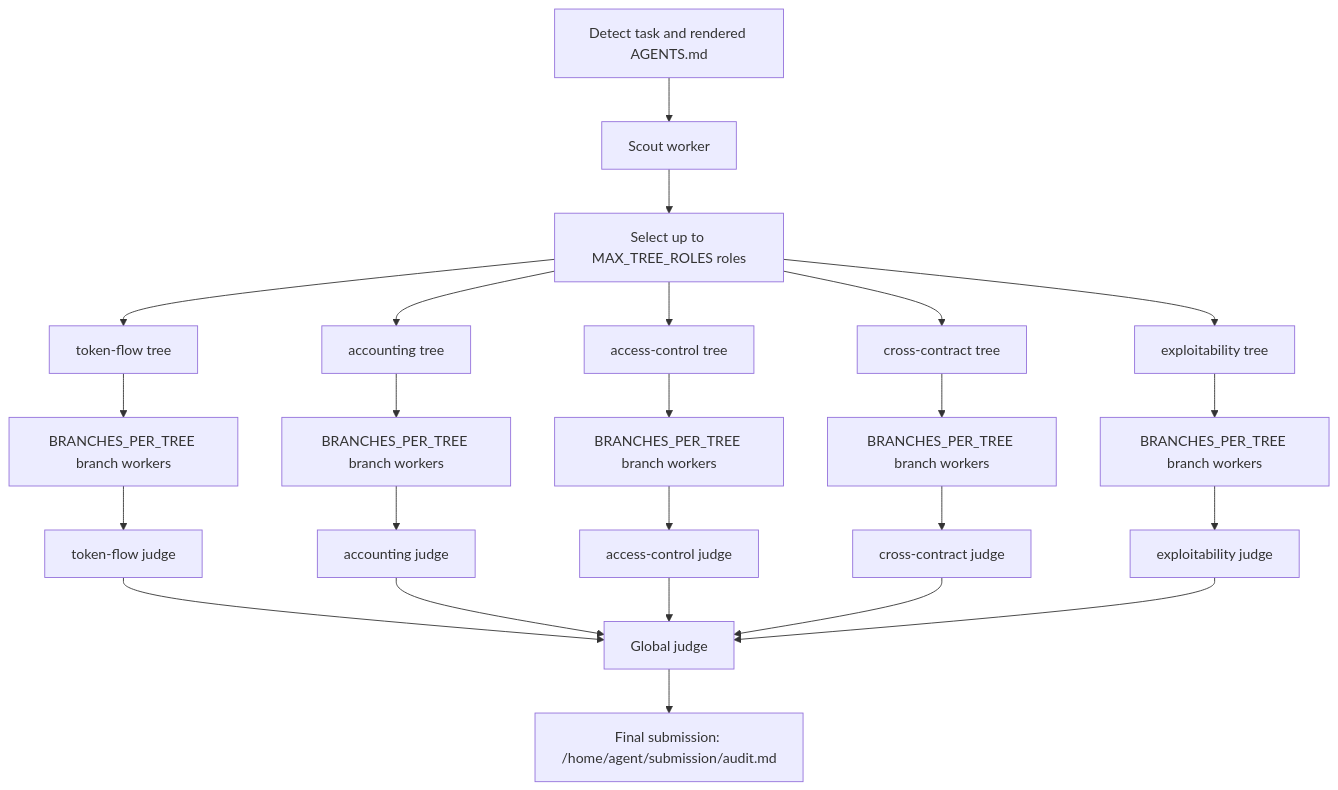
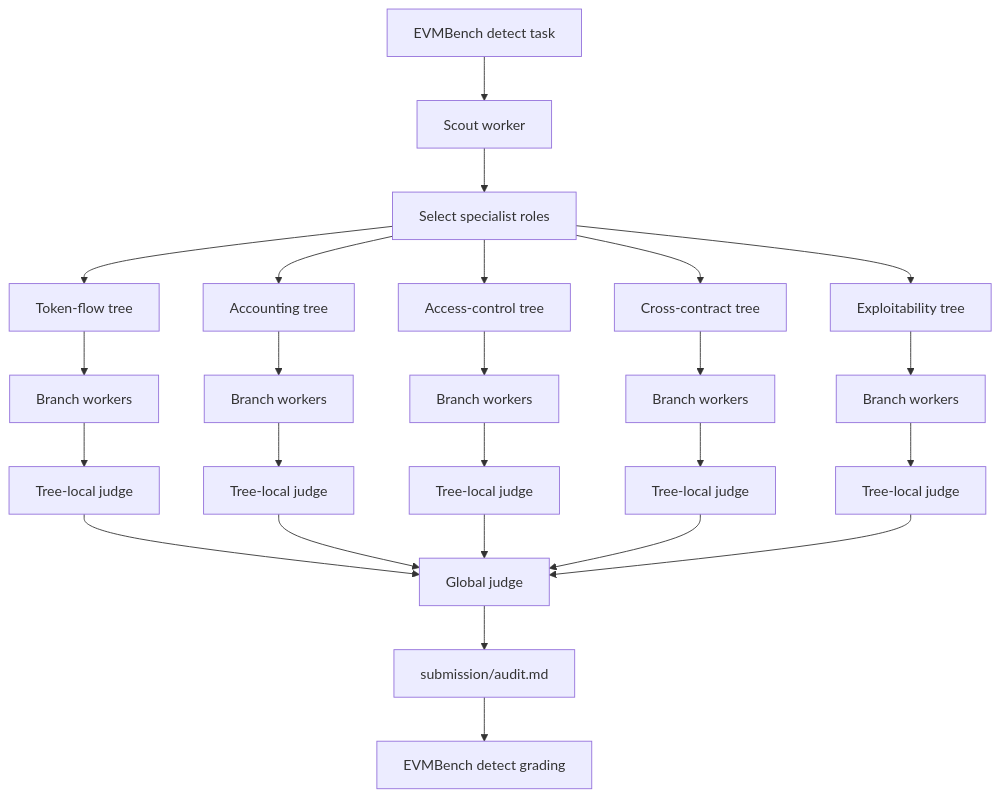
One commit to pranay5255/forestOfAudits changed the second of 4 diagrams in project/evmbench/README.md. Above: the diagram before and after it, drawn with Mermaid. The commit also changed other lines of this file, not shown here.

Commit message:
docs: rewrite EVMBench README

````diff
--- a/project/evmbench/README.md
+++ b/project/evmbench/README.md
@@ -234,31 +115,32 @@
 ```mermaid
 flowchart TD
-    Start[Detect task and rendered AGENTS.md] --> Scout[Scout worker]
-    Scout --> Roles[Select up to MAX_TREE_ROLES roles]
+    Start[EVMBench detect task] --> Scout[Scout worker]
+    Scout --> Select[Select specialist roles]
 
-    Roles --> Token[token-flow tree]
-    Roles --> Accounting[accounting tree]
-    Roles --> Access[access-control tree]
-    Roles --> Cross[cross-contract tree]
-    Roles --> Exploit[exploitability tree]
+    Select --> Token[Token-flow tree]
+    Select --> Accounting[Accounting tree]
+    Select --> Access[Access-control tree]
+    Select --> Cross[Cross-contract tree]
+    Select --> Exploit[Exploitability tree]
 
-    Token --> TokenBranches[BRANCHES_PER_TREE branch workers]
-    Accounting --> AccountingBranches[BRANCHES_PER_TREE branch workers]
-    Access --> AccessBranches[BRANCHES_PER_TREE branch workers]
-    Cross --> CrossBranches[BRANCHES_PER_TREE branch workers]
-    Exploit --> ExploitBranches[BRANCHES_PER_TREE branch workers]
+    Token --> TokenBranches[Branch workers]
+    Accounting --> AccountingBranches[Branch workers]
+    Access --> AccessBranches[Branch workers]
+    Cross --> CrossBranches[Branch workers]
+    Exploit --> ExploitBranches[Branch workers]
 
-    TokenBranches --> TokenJudge[token-flow judge]
-    AccountingBranches --> AccountingJudge[accounting judge]
-    AccessBranches --> AccessJudge[access-control judge]
-    CrossBranches --> CrossJudge[cross-contract judge]
-    ExploitBranches --> ExploitJudge[exploitability judge]
+    TokenBranches --> TokenJudge[Tree-local judge]
+    AccountingBranches --> AccountingJudge[Tree-local judge]
+    AccessBranches --> AccessJudge[Tree-local judge]
+    CrossBranches --> CrossJudge[Tree-local judge]
+    ExploitBranches --> ExploitJudge[Tree-local judge]
 
     TokenJudge --> Global[Global judge]
     AccountingJudge --> Global
     AccessJudge --> Global
     CrossJudge --> Global
     ExploitJudge --> Global
 
-    Global --> Final[Final submission: /home/agent/submission/audit.md]
+    Global --> Final[submission/audit.md]
+    Final --> Grade[EVMBench detect grading]
 ```
````
